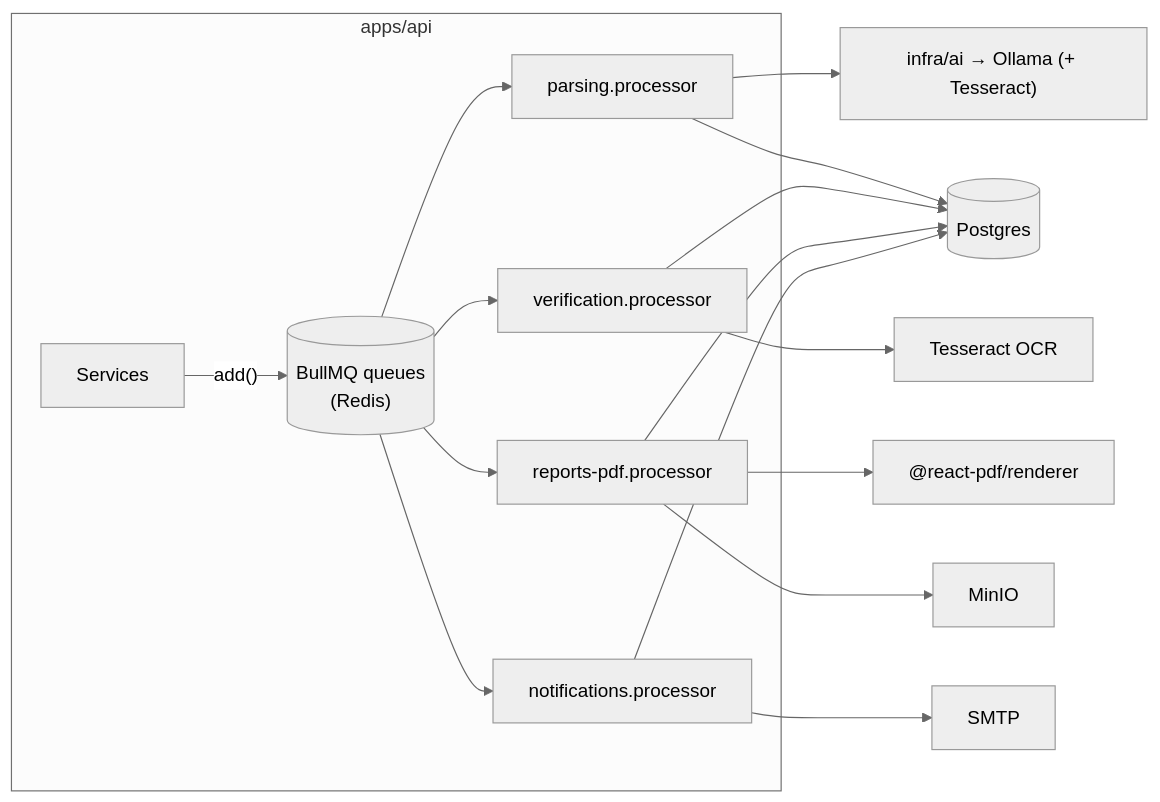
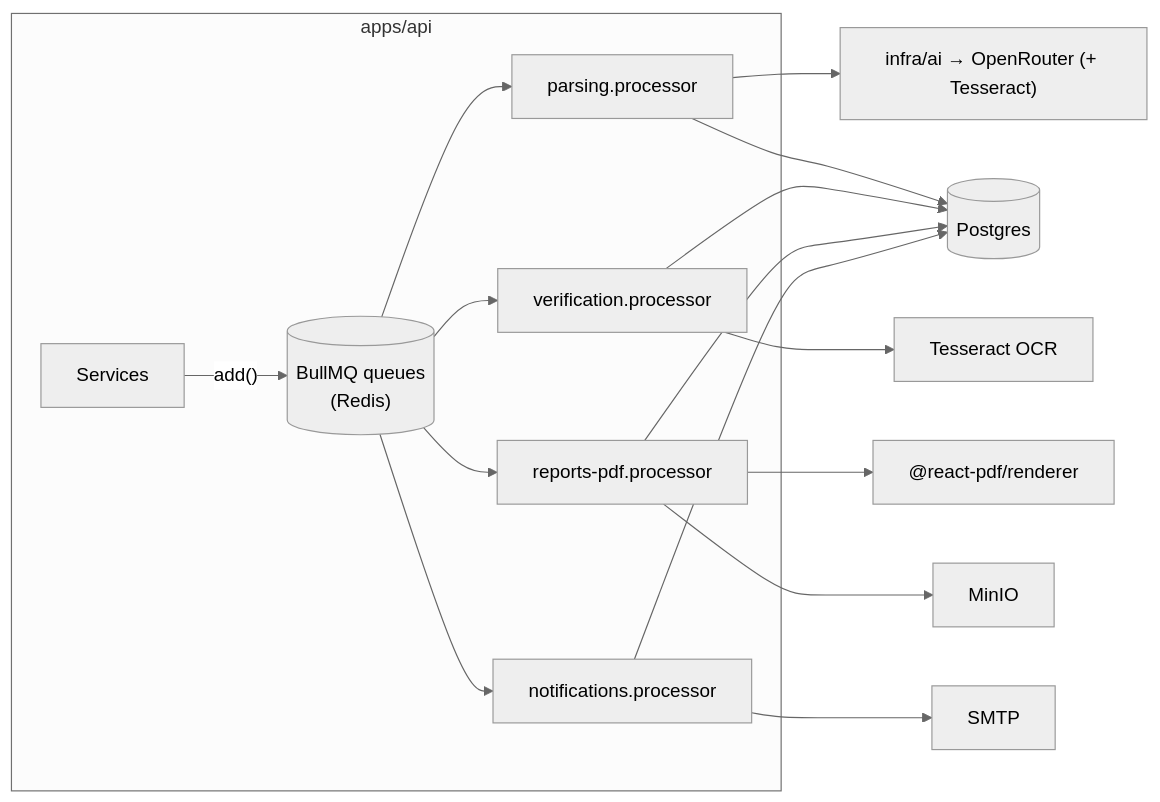
One commit to yashranaway/stabil changed the third of 3 diagrams in docs/backend/README.md. Above: the diagram before and after it, drawn with Mermaid (neutral theme). The commit also changed other lines of this file and 27 other files, not shown here.

First line of the commit message:
Docs: switch AI provider from self-hosted Ollama to OpenRouter

````diff
--- a/docs/backend/README.md
+++ b/docs/backend/README.md
@@ -437,19 +437,19 @@
 ```mermaid
 graph LR
     subgraph "apps/api"
       SVC[Services] -->|"add()"| Q[("BullMQ queues<br/>(Redis)")]
       Q --> P1[parsing.processor]
       Q --> P2[verification.processor]
       Q --> P3[reports-pdf.processor]
       Q --> P4[notifications.processor]
     end
-    P1 --> AI["infra/ai → Ollama (+ Tesseract)"]
+    P1 --> AI["infra/ai → OpenRouter (+ Tesseract)"]
     P2 --> OCR["Tesseract OCR"]
     P3 --> PDF["@react-pdf/renderer"]
     P3 --> MINIO[MinIO]
     P4 --> SMTP[SMTP]
     P1 --> DB[(Postgres)]
     P2 --> DB
     P3 --> DB
     P4 --> DB
 ```
````
